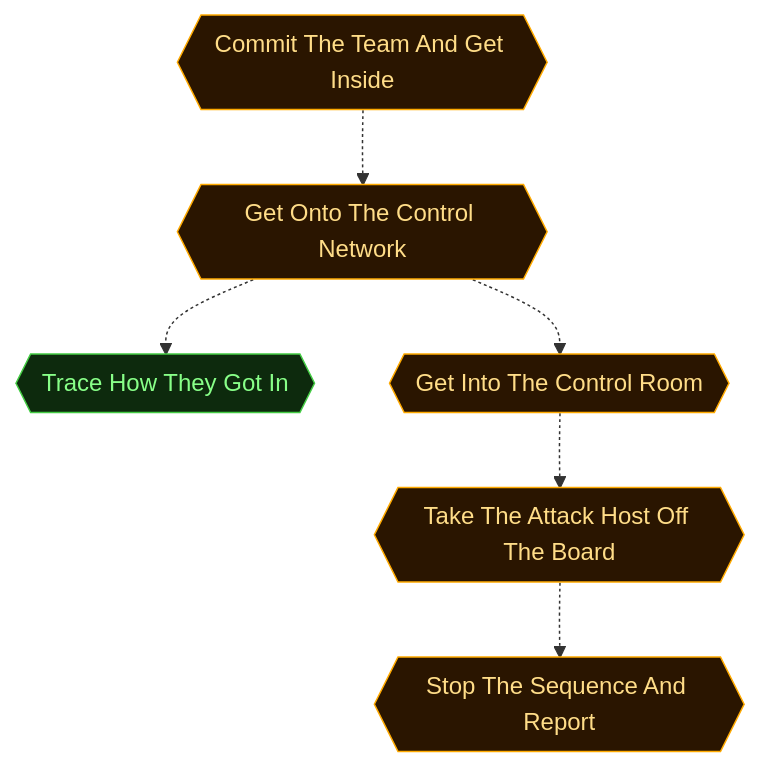
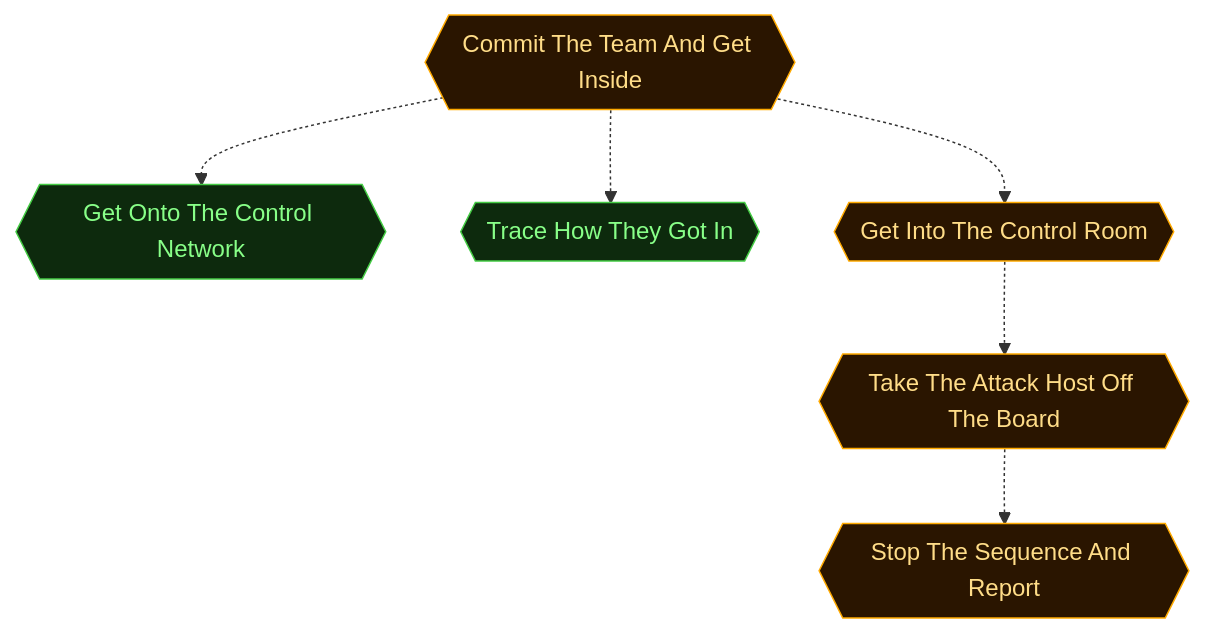
One commit to cliffe/BreakEscape changed the second of 5 diagrams in scenarios/m07_architects_gambit/dungeon_graph.md. Above: the diagram before and after it, drawn with Mermaid. The commit also changed other lines of this file and 24 other files, not shown here.

````diff
--- a/scenarios/m07_architects_gambit/dungeon_graph.md
+++ b/scenarios/m07_architects_gambit/dungeon_graph.md
@@ -161,34 +169,34 @@
 ```mermaid
 flowchart TD
 
   classDef room      fill:#0f2d2d,stroke:#22ddcc,color:#a0ffee
   classDef lock      fill:#2d0f0f,stroke:#e66060,color:#ffa0a0
   classDef key       fill:#2d0812,stroke:#e66060,color:#ffa0a0
   classDef item      fill:#2d1200,stroke:#e89030,color:#ffcc80
   classDef gate      fill:#111,stroke:#666,color:#eee
   classDef vm        fill:#0c1f40,stroke:#4a90d9,color:#a0c8ff
   classDef flag      fill:#1a0c2d,stroke:#9060d0,color:#cc99ff
   classDef action    fill:#1a1200,stroke:#cc9922,color:#ffee88
   classDef aim       fill:#0d2a0d,stroke:#44cc44,color:#88ff88
   classDef aim_gate  fill:#111111,stroke:#44cc44,color:#44cc44
   classDef container fill:#1a2d1a,stroke:#60b060,color:#a0e0a0
   classDef npc       fill:#2d1f0d,stroke:#d0a050,color:#ffe0a0
   classDef critical  fill:#2a1500,stroke:#ffaa00,color:#ffdd88
   classDef start     fill:#003322,stroke:#00ffaa,color:#00ffaa
 
   aim_commit_the_team{{"Commit The Team And Get Inside"}}
   aim_reach_the_control_network{{"Get Onto The Control Network"}}
   aim_trace_the_intrusion{{"Trace How They Got In"}}
   aim_reach_the_control_room{{"Get Into The Control Room"}}
   aim_take_the_attack_host{{"Take The Attack Host Off The Board"}}
   aim_end_the_sequence{{"Stop The Sequence And Report"}}
 
   aim_commit_the_team -.-> aim_reach_the_control_network
-  aim_reach_the_control_network -.-> aim_trace_the_intrusion
-  aim_reach_the_control_network -.-> aim_reach_the_control_room
+  aim_commit_the_team -.-> aim_trace_the_intrusion
+  aim_commit_the_team -.-> aim_reach_the_control_room
   aim_reach_the_control_room -.-> aim_take_the_attack_host
   aim_take_the_attack_host -.-> aim_end_the_sequence
 
-  class aim_commit_the_team,aim_reach_the_control_network,aim_reach_the_control_room,aim_take_the_attack_host,aim_end_the_sequence critical
-  class aim_trace_the_intrusion aim
+  class aim_commit_the_team,aim_reach_the_control_room,aim_take_the_attack_host,aim_end_the_sequence critical
+  class aim_reach_the_control_network,aim_trace_the_intrusion aim
 ```
````
